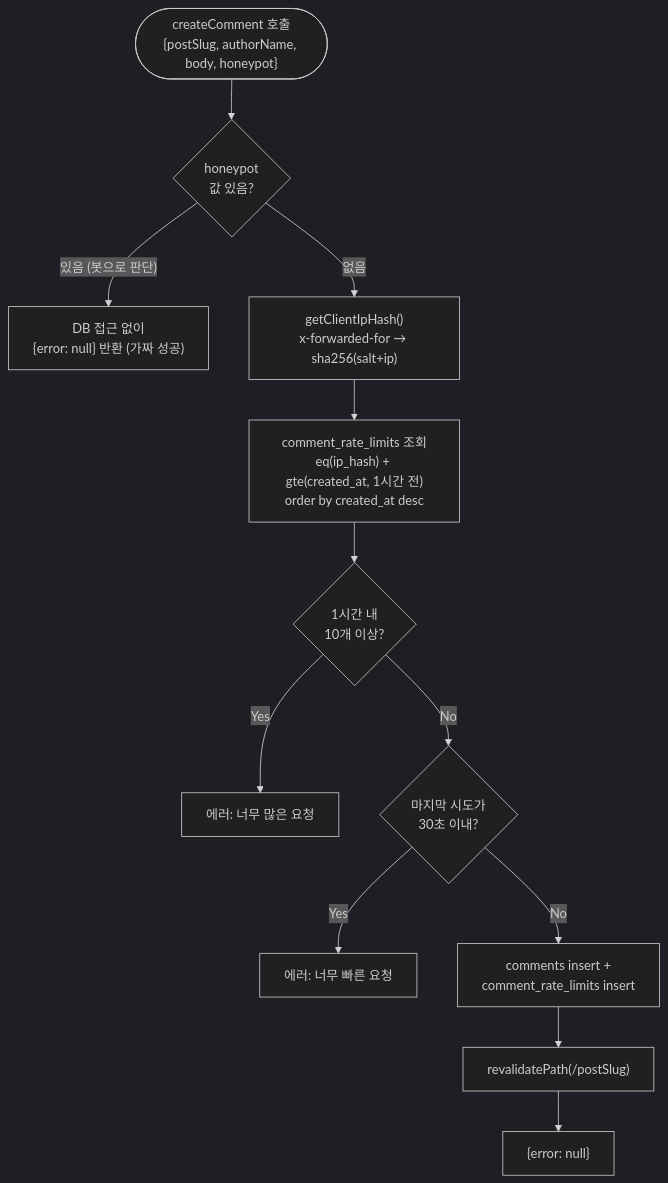
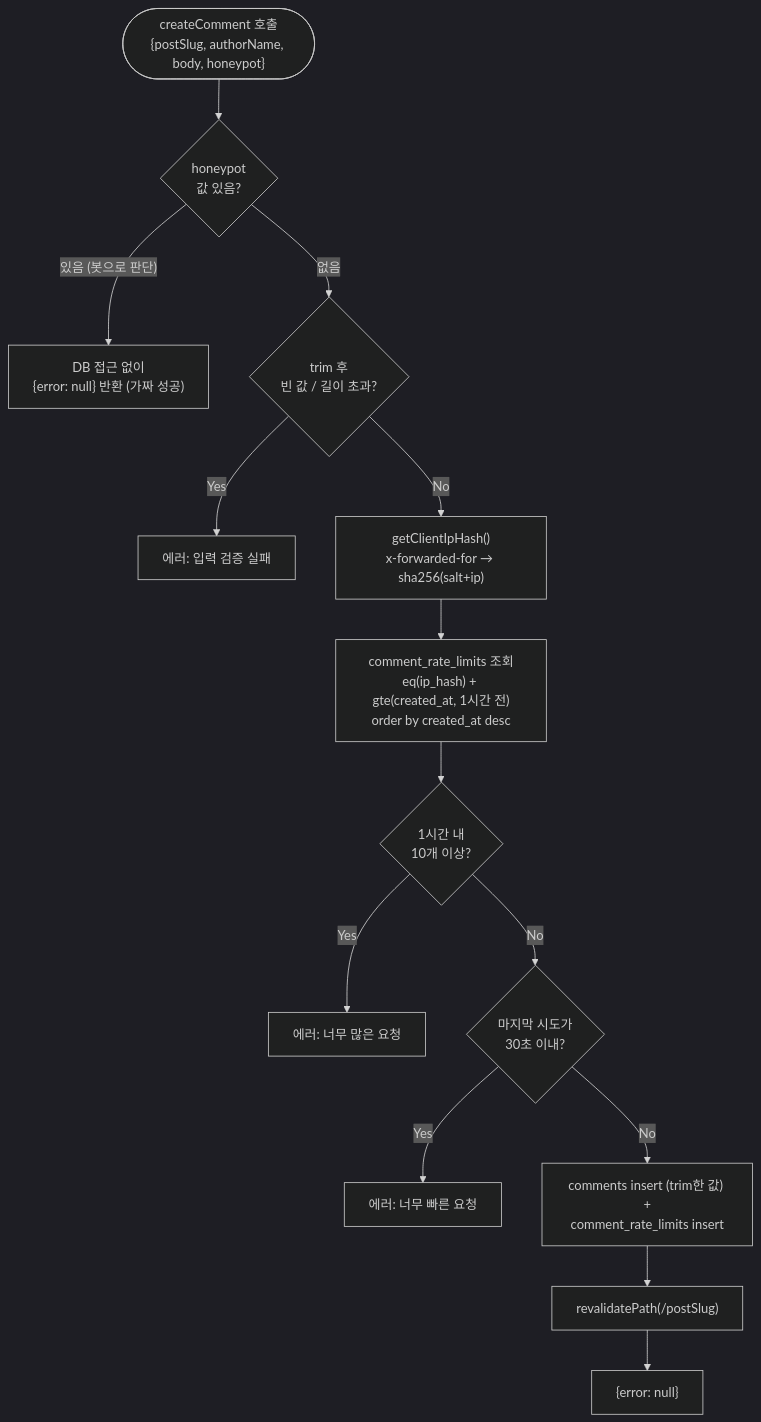
One commit to jeongho3786/myblog changed the second of 2 diagrams in docs/comments-architecture.md. Above: the diagram before and after it, drawn with Mermaid (dark theme). The commit also changed other lines of this file and 11 other files, not shown here.

````diff
--- a/docs/comments-architecture.md
+++ b/docs/comments-architecture.md
@@ -208,14 +208,16 @@
 ```mermaid
 flowchart TD
     Start(["createComment 호출<br/>{postSlug, authorName, body, honeypot}"]) --> HP{"honeypot<br/>값 있음?"}
     HP -- "있음 (봇으로 판단)" --> Fake["DB 접근 없이<br/>{error: null} 반환 (가짜 성공)"]
-    HP -- "없음" --> IPHash["getClientIpHash()<br/>x-forwarded-for → sha256(salt+ip)"]
+    HP -- "없음" --> Valid{"trim 후<br/>빈 값 / 길이 초과?"}
+    Valid -- Yes --> Err0["에러: 입력 검증 실패"]
+    Valid -- No --> IPHash["getClientIpHash()<br/>x-forwarded-for → sha256(salt+ip)"]
     IPHash --> Query["comment_rate_limits 조회<br/>eq(ip_hash) + gte(created_at, 1시간 전)<br/>order by created_at desc"]
     Query --> Count{"1시간 내<br/>10개 이상?"}
     Count -- Yes --> Err1["에러: 너무 많은 요청"]
     Count -- No --> Interval{"마지막 시도가<br/>30초 이내?"}
     Interval -- Yes --> Err2["에러: 너무 빠른 요청"]
-    Interval -- No --> Insert["comments insert +<br/>comment_rate_limits insert"]
+    Interval -- No --> Insert["comments insert (trim한 값) +<br/>comment_rate_limits insert"]
     Insert --> Revalidate["revalidatePath(/postSlug)"]
     Revalidate --> Success["{error: null}"]
 ```
````
